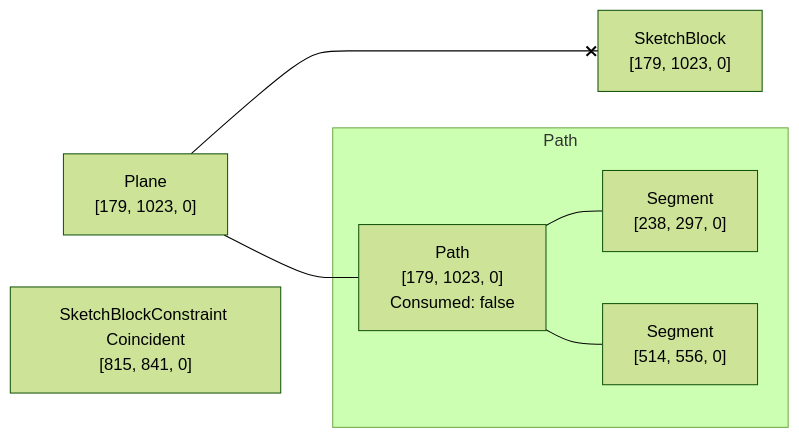
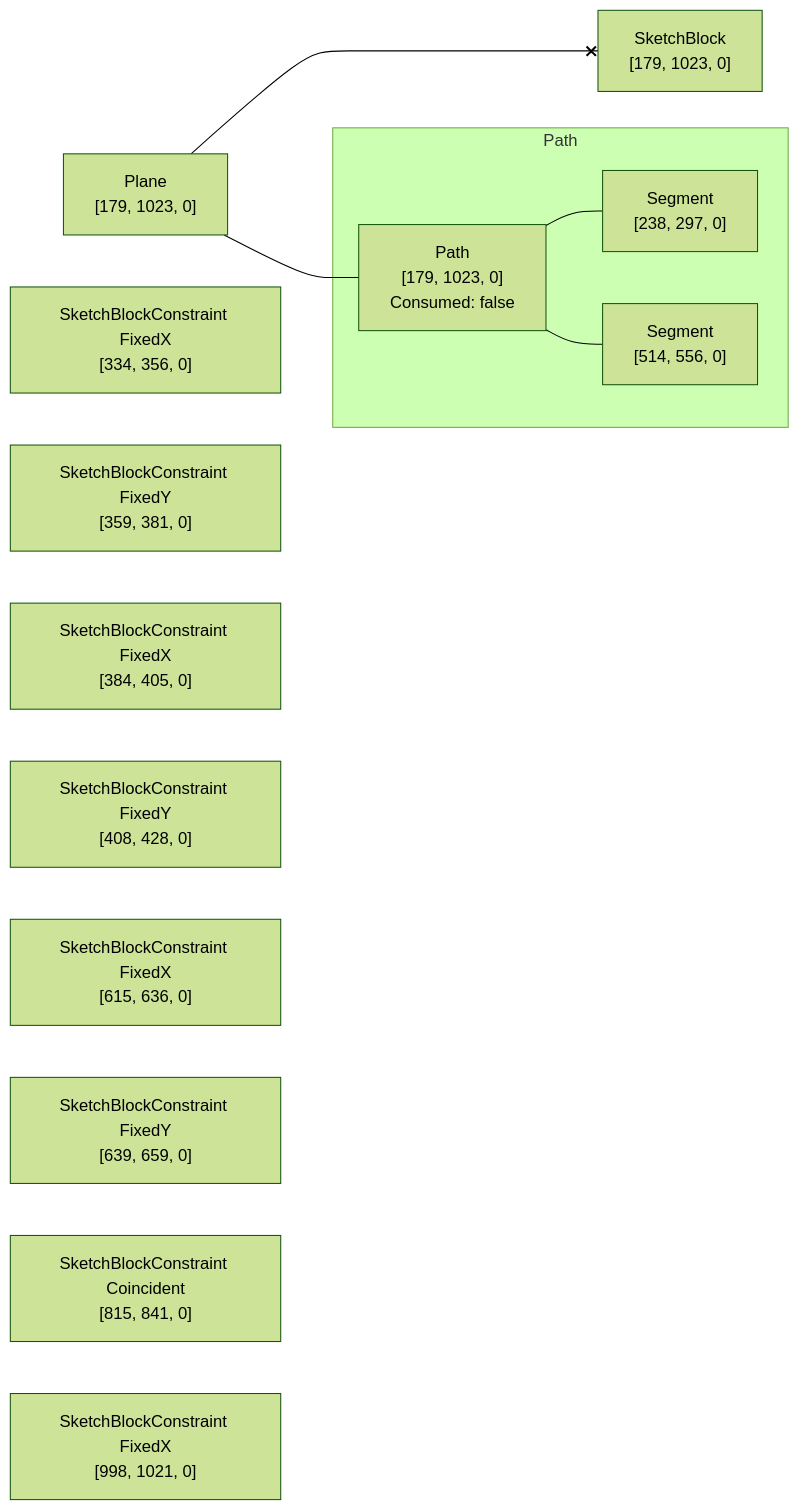
One commit to KittyCAD/modeling-app changed the diagram in rust/kcl-lib/tests/sketch_block_lines_coincident_collinear/artifact_graph_flowchart.snap.md. Above: the diagram before and after it, drawn with Mermaid (forest theme). The commit also changed 25 other files, not shown here.

````diff
--- a/rust/kcl-lib/tests/sketch_block_lines_coincident_collinear/artifact_graph_flowchart.snap.md
+++ b/rust/kcl-lib/tests/sketch_block_lines_coincident_collinear/artifact_graph_flowchart.snap.md
@@ -1,21 +1,35 @@
 ```mermaid
 flowchart LR
   subgraph path2 [Path]
     2["Path<br>[179, 1023, 0]<br>Consumed: false"]
       %% [ProgramBodyItem { index: 0 }, VariableDeclarationDeclaration, VariableDeclarationInit, SketchBlock]
     3["Segment<br>[238, 297, 0]"]
       %% [ProgramBodyItem { index: 0 }, VariableDeclarationDeclaration, VariableDeclarationInit, SketchBlock]
     4["Segment<br>[514, 556, 0]"]
       %% [ProgramBodyItem { index: 0 }, VariableDeclarationDeclaration, VariableDeclarationInit, SketchBlock]
   end
   1["Plane<br>[179, 1023, 0]"]
     %% [ProgramBodyItem { index: 0 }, VariableDeclarationDeclaration, VariableDeclarationInit, SketchBlock]
   5["SketchBlock<br>[179, 1023, 0]"]
     %% [ProgramBodyItem { index: 0 }, VariableDeclarationDeclaration, VariableDeclarationInit, SketchBlock]
-  6["SketchBlockConstraint Coincident<br>[815, 841, 0]"]
+  6["SketchBlockConstraint FixedX<br>[334, 356, 0]"]
+    %% [ProgramBodyItem { index: 0 }, VariableDeclarationDeclaration, VariableDeclarationInit, SketchBlock]
+  7["SketchBlockConstraint FixedY<br>[359, 381, 0]"]
+    %% [ProgramBodyItem { index: 0 }, VariableDeclarationDeclaration, VariableDeclarationInit, SketchBlock]
+  8["SketchBlockConstraint FixedX<br>[384, 405, 0]"]
+    %% [ProgramBodyItem { index: 0 }, VariableDeclarationDeclaration, VariableDeclarationInit, SketchBlock]
+  9["SketchBlockConstraint FixedY<br>[408, 428, 0]"]
+    %% [ProgramBodyItem { index: 0 }, VariableDeclarationDeclaration, VariableDeclarationInit, SketchBlock]
+  10["SketchBlockConstraint FixedX<br>[615, 636, 0]"]
+    %% [ProgramBodyItem { index: 0 }, VariableDeclarationDeclaration, VariableDeclarationInit, SketchBlock]
+  11["SketchBlockConstraint FixedY<br>[639, 659, 0]"]
+    %% [ProgramBodyItem { index: 0 }, VariableDeclarationDeclaration, VariableDeclarationInit, SketchBlock]
+  12["SketchBlockConstraint Coincident<br>[815, 841, 0]"]
+    %% [ProgramBodyItem { index: 0 }, VariableDeclarationDeclaration, VariableDeclarationInit, SketchBlock]
+  13["SketchBlockConstraint FixedX<br>[998, 1021, 0]"]
     %% [ProgramBodyItem { index: 0 }, VariableDeclarationDeclaration, VariableDeclarationInit, SketchBlock]
   1 --- 2
   1 <--x 5
   2 --- 3
   2 --- 4
 ```
````
